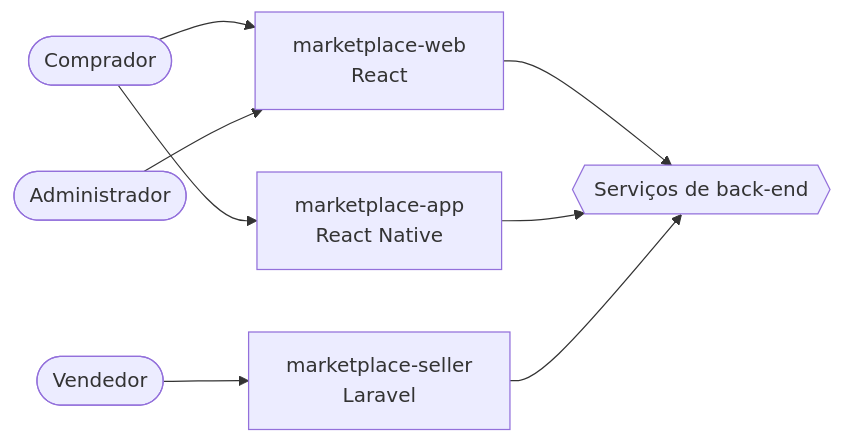
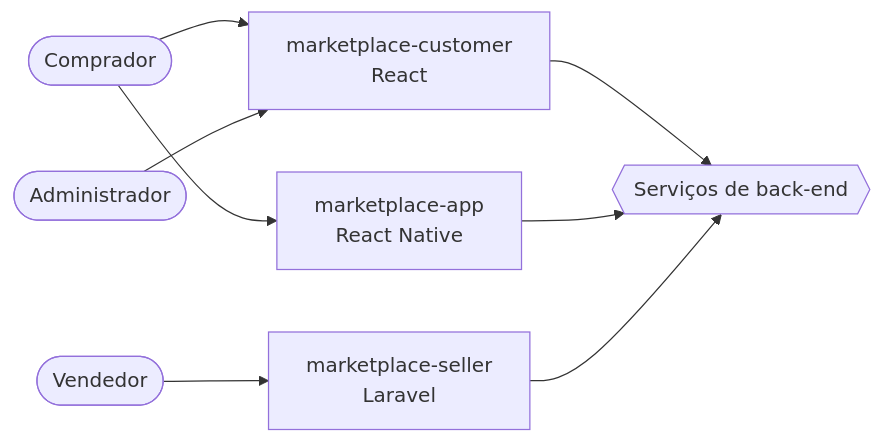
The first of 2 diagrams in docs/ARQUITETURA.md (DeborahDalonso/marketplace), drawn with Mermaid before and after one commit. The commit also changed other lines of this file and 2 other files, not shown here.

Commit message:
docs: rename web front-end to customer

````diff
--- a/docs/ARQUITETURA.md
+++ b/docs/ARQUITETURA.md
@@ -17,17 +17,17 @@
 ```mermaid
 graph LR
     buyer([Comprador])
     seller([Vendedor])
     admin([Administrador])
-    web[marketplace-web<br/>React]
+    customer[marketplace-customer<br/>React]
     sellerPanel[marketplace-seller<br/>Laravel]
     app[marketplace-app<br/>React Native]
     core{{Serviços de back-end}}
-    buyer --> web
+    buyer --> customer
     buyer --> app
     seller --> sellerPanel
-    admin --> web
-    web --> core
+    admin --> customer
+    customer --> core
     app --> core
     sellerPanel --> core
 ```
````
